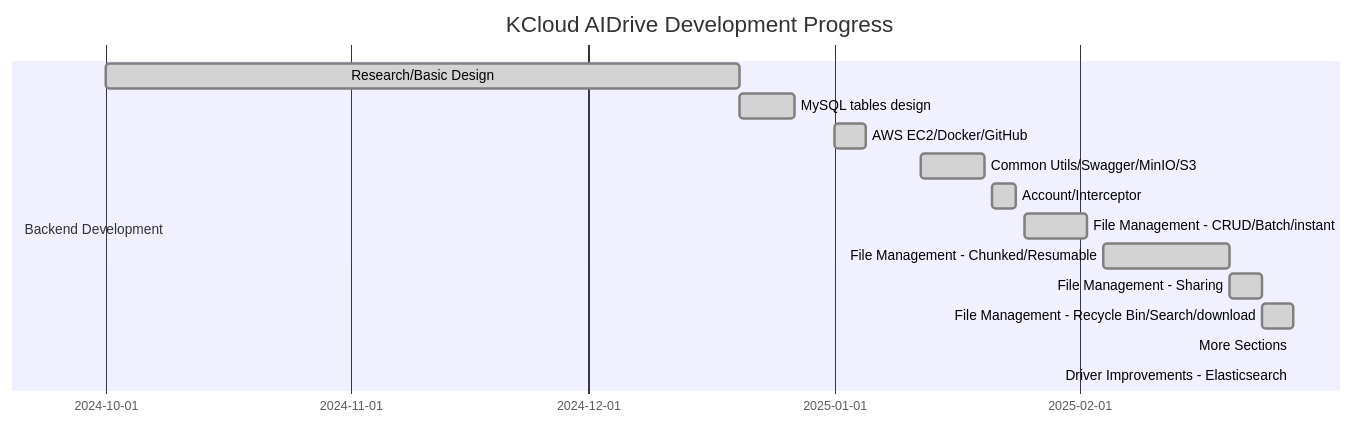
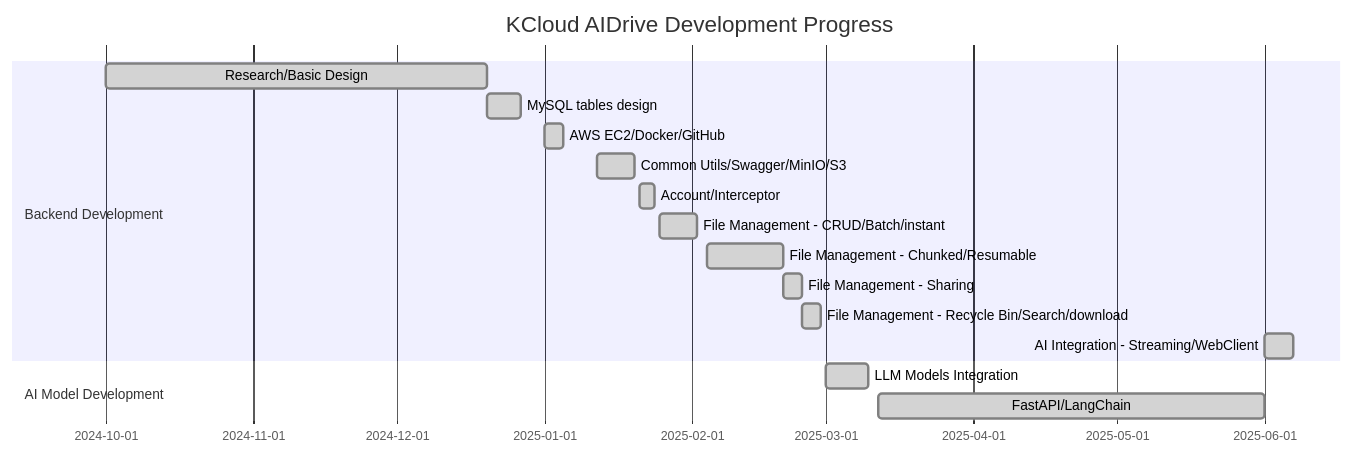
The first of 2 diagrams in README.md (kaikang-sde/kcloud_aidrive), drawn with Mermaid before and after one commit. The commit also changed other lines of this file and 14 other files, not shown here.

````diff
--- a/README.md
+++ b/README.md
@@ -27,22 +27,22 @@
 ```mermaid
 gantt
     title KCloud AIDrive Development Progress
     dateFormat  YYYY-MM-DD
     section Backend Development
       Research/Basic Design                                 :done, design, 2024-10-01, 2024-12-20
       MySQL tables design                                   :done, db, 2024-12-20, 2024-12-27
       AWS EC2/Docker/GitHub                                 :done, setup, 2025-01-01, 2025-01-05
       Common Utils/Swagger/MinIO/S3                         :done, utils, 2025-01-12, 2025-01-20
       Account/Interceptor                                   :done, account, 2025-01-21, 2025-01-24
       File Management - CRUD/Batch/instant                  :done, basic, 2025-01-25, 2025-02-02
       File Management - Chunked/Resumable                   :done, chunked, 2025-02-04, 2025-02-20
       File Management - Sharing                             :done, sharing, 2025-02-20, 2025-02-24
       File Management - Recycle Bin/Search/download         :done, recycle, 2025-02-24, 2025-02-28
-      More Sections                         :after search                           
-    Driver Improvements - Elasticsearch     :after search
+      AI Integration - Streaming/WebClient                  :done, streaming, 2025-06-01, 2025-06-07
+    section AI Model Development                          
+      LLM Models Integration                                :done, llm, 2025-03-01, 2025-03-10
+      FastAPI/LangChain                                     :done, fastapi, 2025-03-12, 2025-06-01
     section Frontend Development
         
-    section AI Model Development
-
     section Deployment & Optimization
 ```
````
